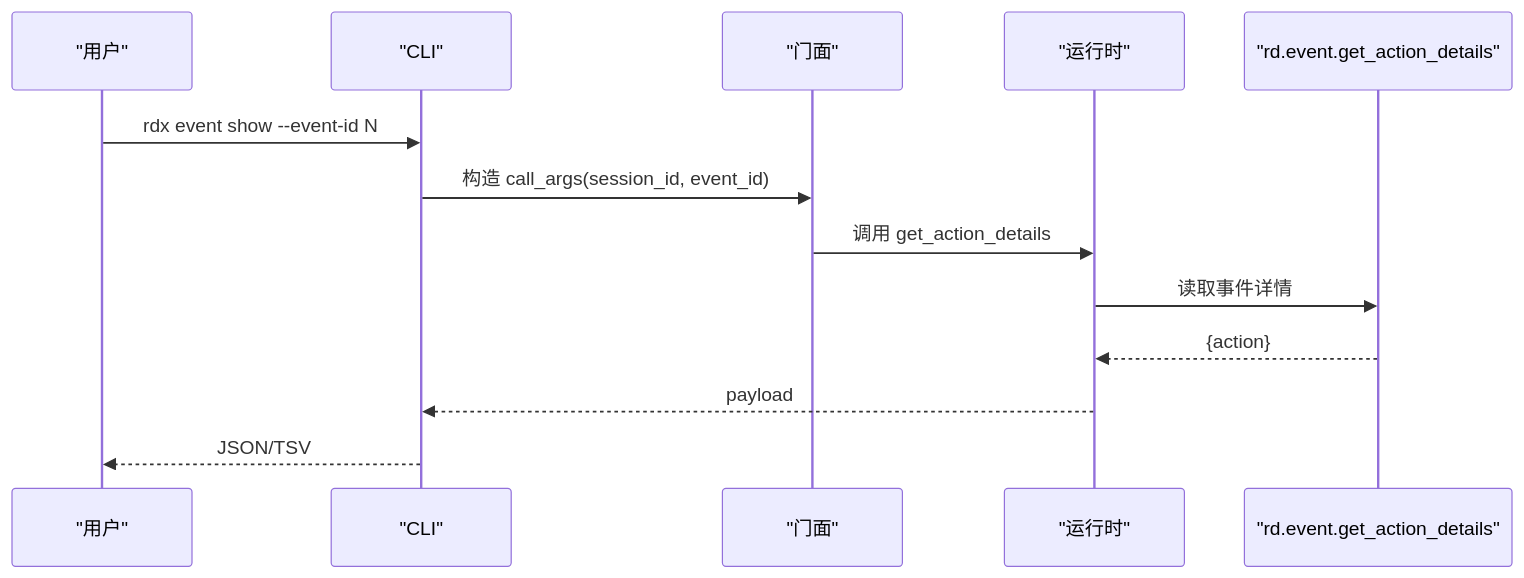
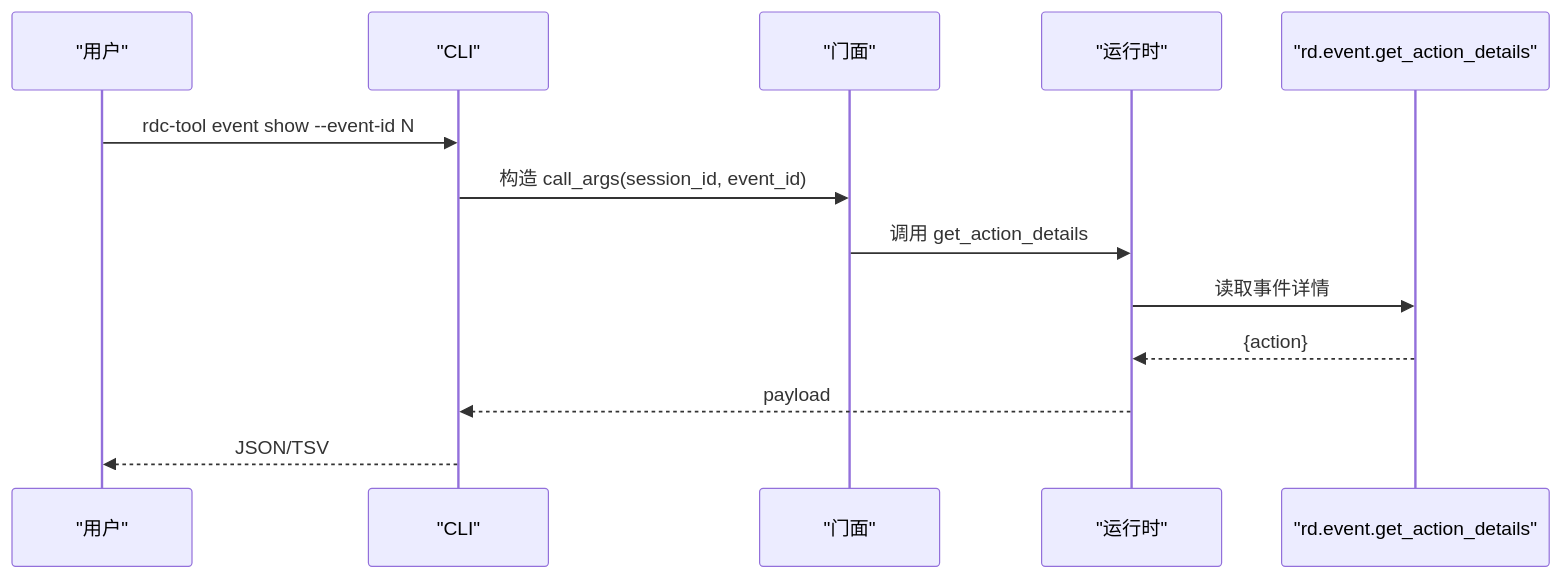
Before and after one commit to haolange/RDC-Tool: the fourth of 7 diagrams in .qoder/repowiki/zh/content/CLI参考手册/事件浏览命令.md, drawn with Mermaid. The commit also changed other lines of this file and 388 other files, not shown here.

First line of the commit message:
Release RDC-Tool identity and public maintenance surface

````diff
--- a/.qoder/repowiki/zh/content/CLI参考手册/事件浏览命令.md
+++ b/.qoder/repowiki/zh/content/CLI参考手册/事件浏览命令.md
@@ -156,15 +156,15 @@
 ```mermaid
 sequenceDiagram
 participant U as "用户"
 participant C as "CLI"
 participant F as "门面"
 participant R as "运行时"
 participant T as "rd.event.get_action_details"
-U->>C : rdx event show --event-id N
+U->>C : rdc-tool event show --event-id N
 C->>F : 构造 call_args(session_id, event_id)
 F->>R : 调用 get_action_details
 R->>T : 读取事件详情
 T-->>R : {action}
 R-->>C : payload
 C-->>U : JSON/TSV
 ```
````
